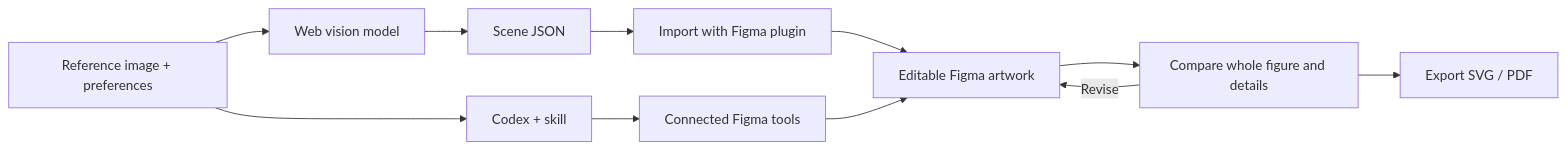
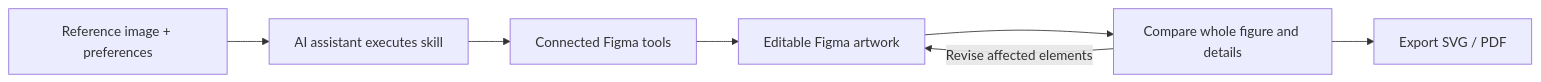
The first of 2 diagrams in README.md (sidiangongyuan/paper-figure-to-figma), drawn with Mermaid before and after one commit. The commit also changed other lines of this file and 31 other files, not shown here.

````diff
--- a/README.md
+++ b/README.md
@@ -52,13 +36,9 @@
 ```mermaid
 flowchart LR
-    A[Reference image + preferences] --> B[Web vision model]
-    A --> C[Codex + skill]
-    B --> D[Scene JSON]
-    D --> E[Import with Figma plugin]
-    C --> F[Connected Figma tools]
-    E --> G[Editable Figma artwork]
-    F --> G
-    G --> H[Compare whole figure and details]
-    H -->|Revise| G
-    H --> I[Export SVG / PDF]
+    A[Reference image + preferences] --> B[AI assistant executes skill]
+    B --> C[Connected Figma tools]
+    C --> D[Editable Figma artwork]
+    D --> E[Compare whole figure and details]
+    E -->|Revise affected elements| D
+    E --> F[Export SVG / PDF]
 ```
````
